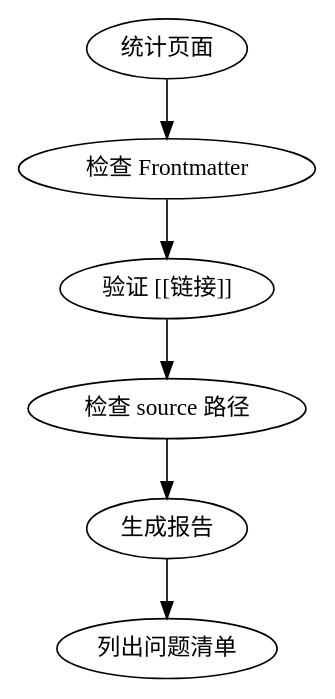
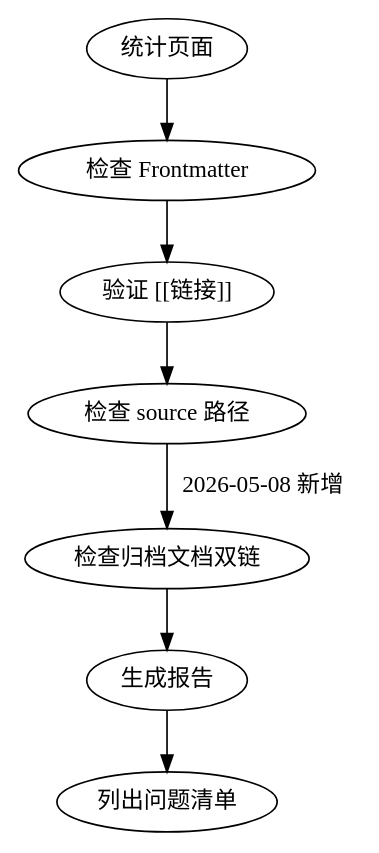
Before and after one commit to touchX/CC-Obsidian-wiki: the diagram in .claude/skills/wiki-lint/SKILL.md, drawn with Graphviz. The commit also changed other lines of this file and 81 other files, not shown here.

````diff
--- a/.claude/skills/wiki-lint/SKILL.md
+++ b/.claude/skills/wiki-lint/SKILL.md
@@ -48,9 +50,10 @@
 ```dot
 digraph wiki_lint {
   "统计页面" -> "检查 Frontmatter"
   "检查 Frontmatter" -> "验证 [[链接]]"
   "验证 [[链接]]" -> "检查 source 路径"
-  "检查 source 路径" -> "生成报告"
+  "检查 source 路径" -> "检查归档文档双链" [label="2026-05-08 新增"]
+  "检查归档文档双链" -> "生成报告"
   "生成报告" -> "列出问题清单"
 }
 ```
````
